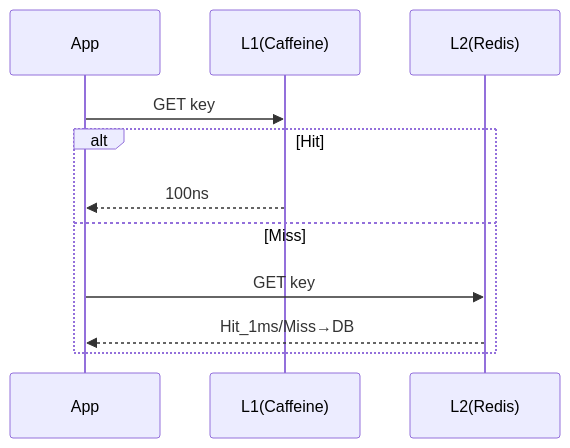
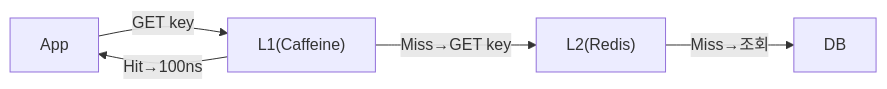
One commit to yjkim2015/yjkim2015.github.io changed the fourth of 8 diagrams in _posts/caching/2026-05-03-multi-layer-caching.md. Above: the diagram before and after it, drawn with Mermaid. The commit also changed other lines of this file and 84 other files, not shown here.

First line of the commit message:
85개 포스트 Mermaid 다이어그램 규칙 일괄 수정

````diff
--- a/_posts/caching/2026-05-03-multi-layer-caching.md
+++ b/_posts/caching/2026-05-03-multi-layer-caching.md
@@ -191,13 +191,11 @@
 ```mermaid
-sequenceDiagram
-    participant App
-    participant L1 as L1(Caffeine)
-    participant L2 as L2(Redis)
-    App->>L1: GET key
-    alt Hit
-    L1-->>App: 100ns
-    else Miss
-    App->>L2: GET key
-    L2-->>App: Hit_1ms/Miss→DB
-    end
+graph LR
+    App["App"]
+    L1["L1(Caffeine)"]
+    L2["L2(Redis)"]
+    DB["DB"]
+    App -->|"GET key"| L1
+    L1 -->|"Hit→100ns"| App
+    L1 -->|"Miss→GET key"| L2
+    L2 -->|"Miss→조회"| DB
 ```
````
